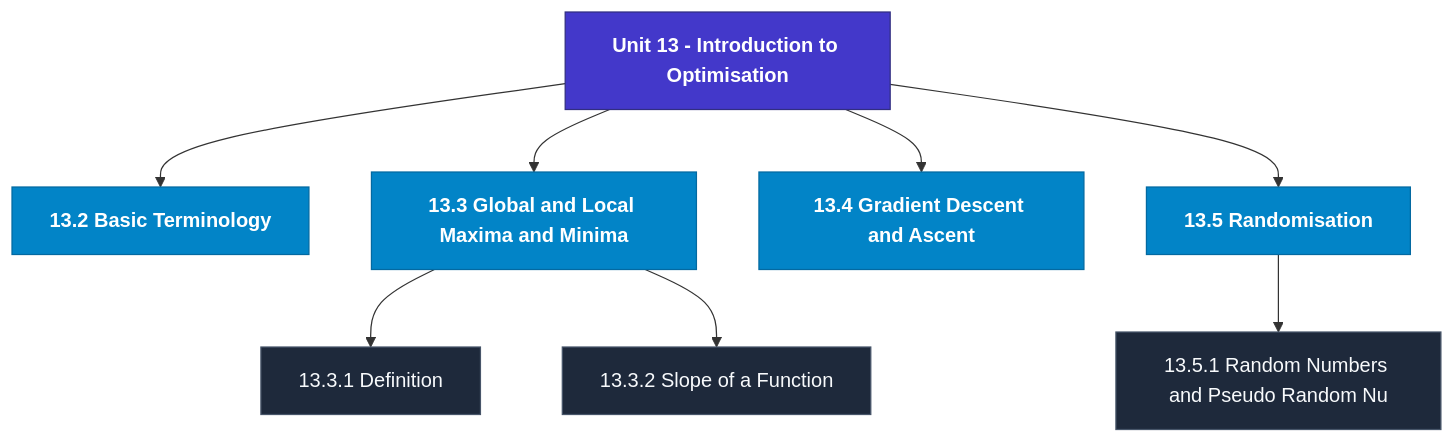
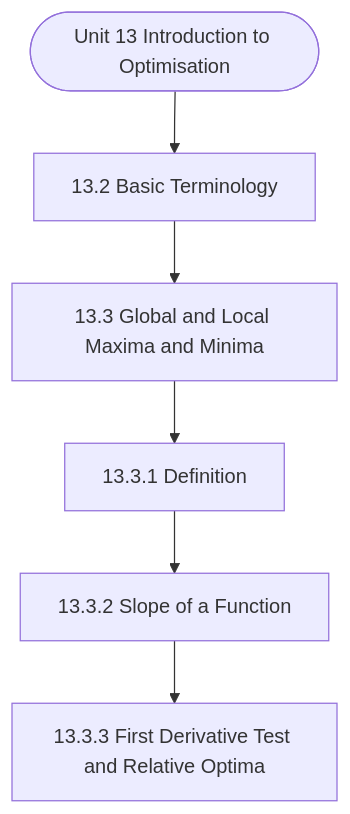
One commit to Asutosh-Coaching/mscdsa changed the diagram in notes/Semester_2/MCS-066_Mathematical_Foundations_-_II/unit_13_Introduction_to_Optimisation.md. Above: the diagram before and after it, drawn with Mermaid. The commit also changed other lines of this file and 115 other files, not shown here.

Commit message:
Fix Mermaid layout for mobile, isolate LaTeX delimiters, and add GitHub Pages reader

````diff
--- a/notes/Semester_2/MCS-066_Mathematical_Foundations_-_II/unit_13_Introduction_to_Optimisation.md
+++ b/notes/Semester_2/MCS-066_Mathematical_Foundations_-_II/unit_13_Introduction_to_Optimisation.md
@@ -19,23 +19,14 @@
 ```mermaid
 flowchart TD
-  %% Styling Definitions
-  classDef head fill:#4338ca,stroke:#312e81,color:#ffffff,font-weight:bold;
-  classDef topic fill:#0284c7,stroke:#0369a1,color:#ffffff,font-weight:600;
-  classDef sub fill:#1e293b,stroke:#475569,color:#f8fafc;
-
-  Root["Unit 13 - Introduction to Optimisation"]:::head
-  M1["13.2 Basic Terminology"]:::topic
-  Root --> M1
-  M2["13.3 Global and Local Maxima and Minima"]:::topic
-  Root --> M2
-  M2_1["13.3.1 Definition"]:::sub
-  M2 --> M2_1
-  M2_2["13.3.2 Slope of a Function"]:::sub
-  M2 --> M2_2
-  M3["13.4 Gradient Descent and Ascent"]:::topic
-  Root --> M3
-  M4["13.5 Randomisation"]:::topic
-  Root --> M4
-  M4_1["13.5.1 Random Numbers and Pseudo Random Nu"]:::sub
-  M4 --> M4_1
+  Start(["Unit 13 Introduction to Optimisation"])
+  N1["13.2 Basic Terminology"]
+  N2["13.3 Global and Local Maxima and Minima"]
+  N3["13.3.1 Definition"]
+  N4["13.3.2 Slope of a Function"]
+  N5["13.3.3 First Derivative Test and Relative Optima"]
+  Start --> N1
+  N1 --> N2
+  N2 --> N3
+  N3 --> N4
+  N4 --> N5
 ```
````
